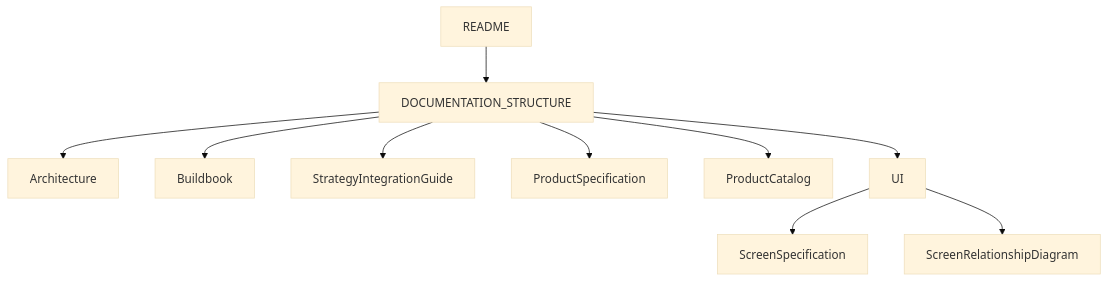
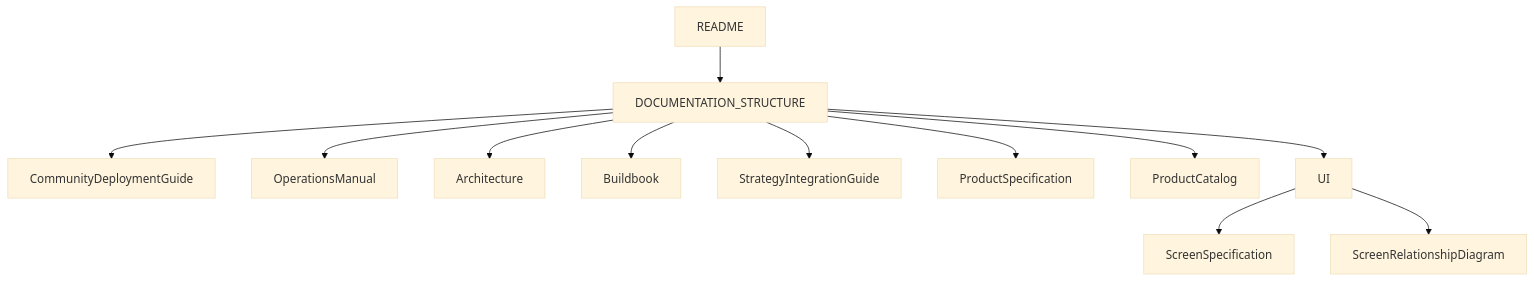
The first of 2 diagrams in docs/DOCUMENTATION_STRUCTURE.md (SignalNexus/signal-nexus), drawn with Mermaid (base theme) before and after one commit. The commit also changed other lines of this file and 29 other files, not shown here.

````diff
--- a/docs/DOCUMENTATION_STRUCTURE.md
+++ b/docs/DOCUMENTATION_STRUCTURE.md
@@ -121,12 +143,14 @@
 ```mermaid
 graph TD
   README --> DOCUMENTATION_STRUCTURE
+  DOCUMENTATION_STRUCTURE --> CommunityDeploymentGuide
+  DOCUMENTATION_STRUCTURE --> OperationsManual
   DOCUMENTATION_STRUCTURE --> Architecture
   DOCUMENTATION_STRUCTURE --> Buildbook
   DOCUMENTATION_STRUCTURE --> StrategyIntegrationGuide
   DOCUMENTATION_STRUCTURE --> ProductSpecification
   DOCUMENTATION_STRUCTURE --> ProductCatalog
   DOCUMENTATION_STRUCTURE --> UI
   UI --> ScreenSpecification
   UI --> ScreenRelationshipDiagram
 ```
````
